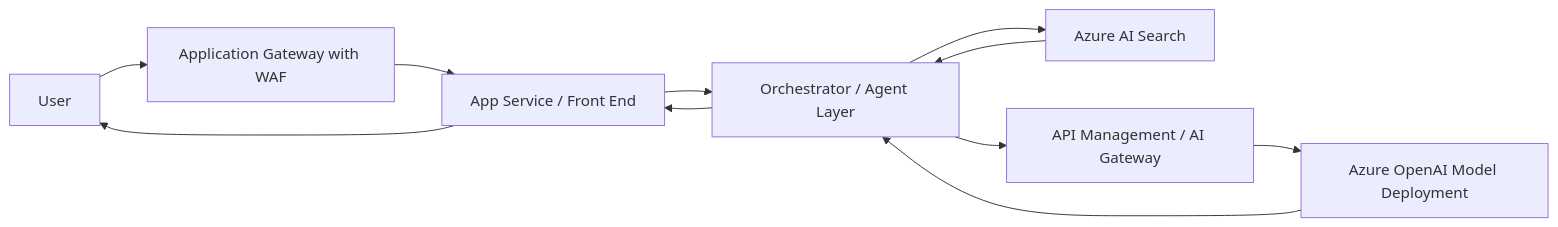
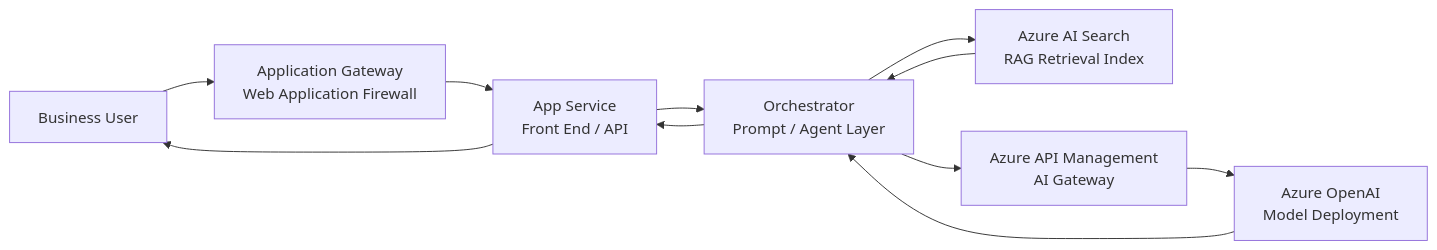
One commit to SokoloffMaxim/azure-ai-poc-to-production-rag changed the diagram in diagrams/azure-ai-rag-flow.mmd. Above: the diagram before and after it, drawn with Mermaid.

````diff
--- a/diagrams/azure-ai-rag-flow.mmd
+++ b/diagrams/azure-ai-rag-flow.mmd
@@ -3,13 +3,16 @@
 ```mermaid
 flowchart LR
-    U[User] --> AGW[Application Gateway with WAF]
-    AGW --> APP[App Service / Front End]
-    APP --> ORCH[Orchestrator / Agent Layer]
-    ORCH --> SEARCH[Azure AI Search]
+    U[Business User] --> AGW[Application Gateway<br/>Web Application Firewall]
+    AGW --> APP[App Service<br/>Front End / API]
+    APP --> ORCH[Orchestrator<br/>Prompt / Agent Layer]
+
+    ORCH --> SEARCH[Azure AI Search<br/>RAG Retrieval Index]
     SEARCH --> ORCH
-    ORCH --> APIM[API Management / AI Gateway]
-    APIM --> AOAI[Azure OpenAI Model Deployment]
+
+    ORCH --> APIM[Azure API Management<br/>AI Gateway]
+    APIM --> AOAI[Azure OpenAI<br/>Model Deployment]
+
     AOAI --> ORCH
     ORCH --> APP
     APP --> U
 ```
````
